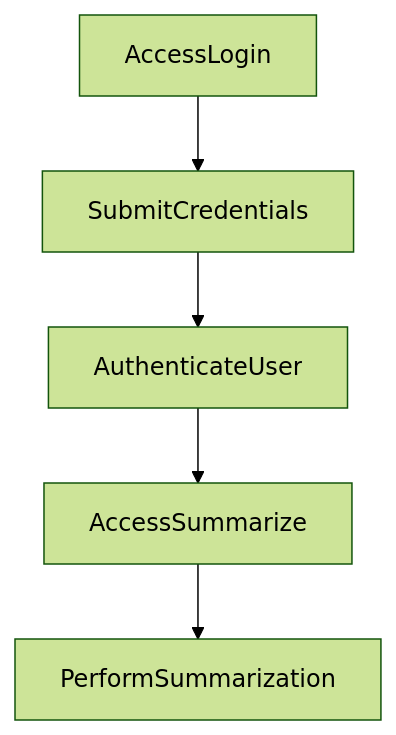
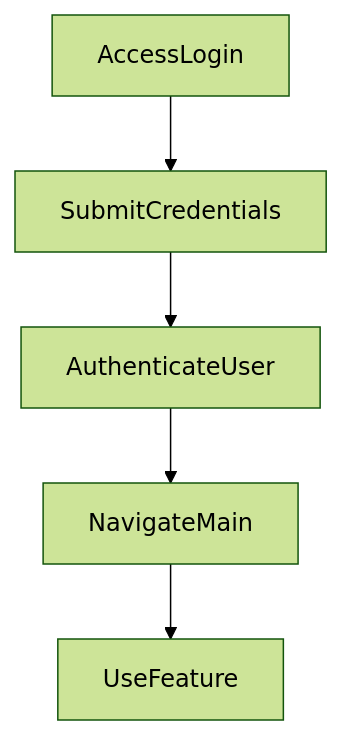
One commit to yogithasivakumar/FocusZen changed the second of 2 diagrams in README.md. Above: the diagram before and after it, drawn with Mermaid (forest theme). The commit also changed other lines of this file, not shown here.

````diff
--- a/README.md
+++ b/README.md
@@ -17,7 +24,7 @@
 ```mermaid
 flowchart TD
     AccessLogin --> SubmitCredentials
     SubmitCredentials --> AuthenticateUser
-    AuthenticateUser --> AccessSummarize
-    AccessSummarize --> PerformSummarization
+    AuthenticateUser --> NavigateMain
+    NavigateMain --> UseFeature
 ```
````
